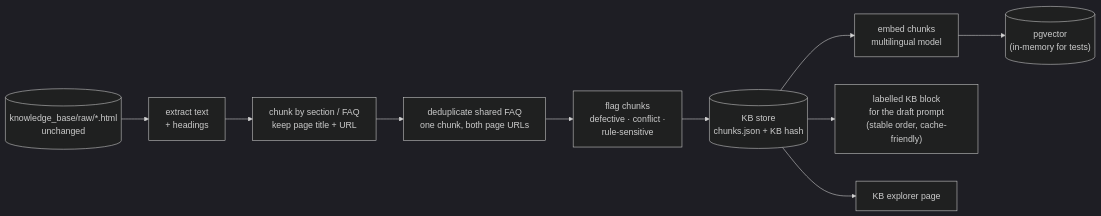
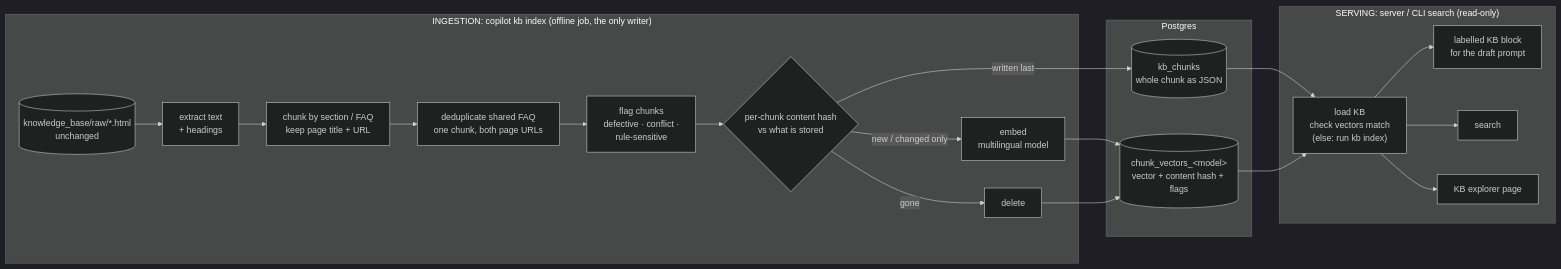
One commit to mohabashraf/support-copilot changed the ninth of 13 diagrams in docs/ARCHITECTURE.md. Above: the diagram before and after it, drawn with Mermaid (dark theme). The commit also changed other lines of this file and 15 other files, not shown here.

First line of the commit message:
Separate ingestion from serving; make ingestion incremental (D8)

````diff
--- a/docs/ARCHITECTURE.md
+++ b/docs/ARCHITECTURE.md
@@ -314,12 +316,27 @@
 ```mermaid
 flowchart LR
-    RAW[("knowledge_base/raw/*.html<br/>unchanged")] --> EXT["extract text<br/>+ headings"]
-    EXT --> CH["chunk by section / FAQ<br/>keep page title + URL"]
-    CH --> DD["deduplicate shared FAQ<br/>one chunk, both page URLs"]
-    DD --> FL["flag chunks<br/>defective · conflict ·<br/>rule-sensitive"]
-    FL --> STORE[("KB store<br/>chunks.json + KB hash")]
-    STORE --> EMB["embed chunks<br/>multilingual model"]
-    EMB --> IDX[("pgvector<br/>(in-memory for tests)")]
-    STORE --> PROMPT["labelled KB block<br/>for the draft prompt<br/>(stable order, cache-friendly)"]
-    STORE --> EXP["KB explorer page"]
+    subgraph ING["INGESTION: copilot kb index (offline job, the only writer)"]
+        RAW[("knowledge_base/raw/*.html<br/>unchanged")] --> EXT["extract text<br/>+ headings"]
+        EXT --> CH["chunk by section / FAQ<br/>keep page title + URL"]
+        CH --> DD["deduplicate shared FAQ<br/>one chunk, both page URLs"]
+        DD --> FL["flag chunks<br/>defective · conflict ·<br/>rule-sensitive"]
+        FL --> DIFF{"per-chunk content hash<br/>vs what is stored"}
+        DIFF -->|"new / changed only"| EMB["embed<br/>multilingual model"]
+        DIFF -->|"gone"| DEL["delete"]
+    end
+    subgraph PG["Postgres"]
+        VEC[("chunk_vectors_&lt;model&gt;<br/>vector + content hash + flags")]
+        KBT[("kb_chunks<br/>whole chunk as JSON")]
+    end
+    EMB --> VEC
+    DEL --> VEC
+    DIFF -->|"written last"| KBT
+    subgraph SRV["SERVING: server / CLI search (read-only)"]
+        LOAD["load KB<br/>check vectors match<br/>(else: run kb index)"]
+        LOAD --> PROMPT["labelled KB block<br/>for the draft prompt"]
+        LOAD --> SEARCH["search"]
+        LOAD --> EXP["KB explorer page"]
+    end
+    KBT --> LOAD
+    VEC --> LOAD
 ```
````
